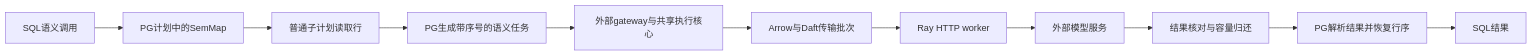
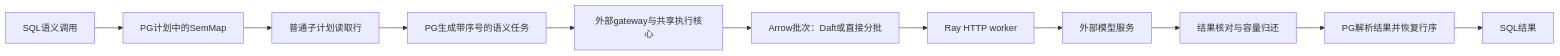
The diagram in code/README.md (3444374/ai-operator-execution-optimization), drawn with Mermaid before and after one commit. The commit also changed other lines of this file and 17 other files, not shown here.

````diff
--- a/code/README.md
+++ b/code/README.md
@@ -40,13 +41,13 @@
 ```mermaid
 flowchart LR
     SQL[SQL语义调用] --> Plan[PG计划中的SemMap]
     Plan --> Child[普通子计划读取行]
     Child --> Task[PG生成带序号的语义任务]
     Task --> Gateway[外部gateway与共享执行核心]
-    Gateway --> Batch[Arrow与Daft传输批次]
+    Gateway --> Batch[Arrow批次：Daft或直接分批]
     Batch --> Worker[Ray HTTP worker]
     Worker --> Model[外部模型服务]
     Model --> Result[结果核对与容量归还]
     Result --> PG[PG解析结果并恢复行序]
     PG --> Client[SQL结果]
 ```
````
